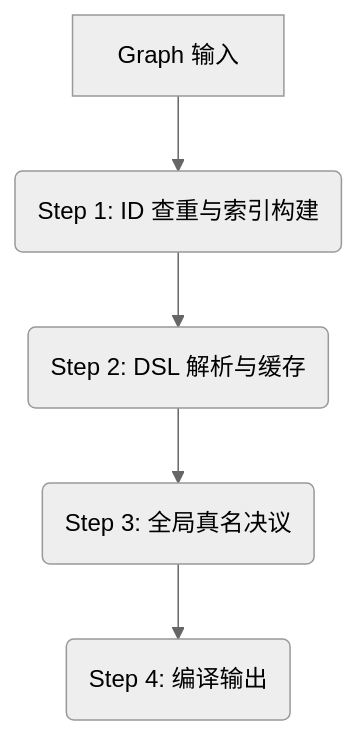
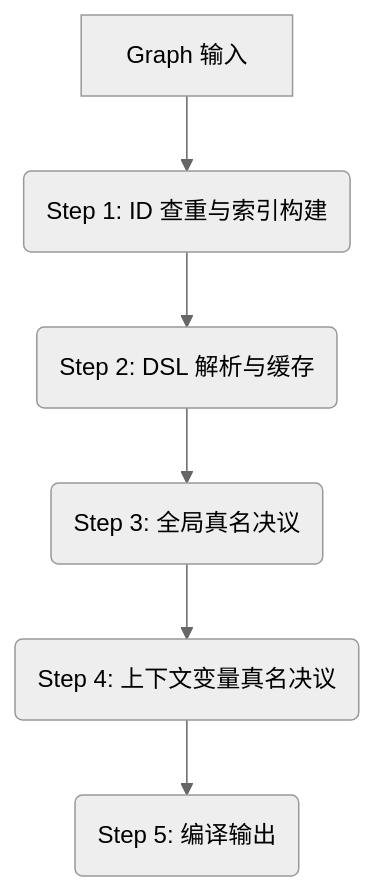
Before and after one commit to Siridelta/destra: the diagram in .ai/技术笔记/JS路线/默认模式/图表编译与导出/index.md, drawn with Mermaid (neutral theme). The commit also changed other lines of this file and 21 other files, not shown here.

````diff
--- a/.ai/技术笔记/JS路线/默认模式/图表编译与导出/index.md
+++ b/.ai/技术笔记/JS路线/默认模式/图表编译与导出/index.md
@@ -111,7 +118,8 @@
 ```mermaid
 graph TD
     A[Graph 输入] --> B(Step 1: ID 查重与索引构建)
     B --> C(Step 2: DSL 解析与缓存)
     C --> D(Step 3: 全局真名决议)
-    D --> E(Step 4: 编译输出)
+    D --> E(Step 4: 上下文变量真名决议)
+    E --> F(Step 5: 编译输出)
 ```
````
